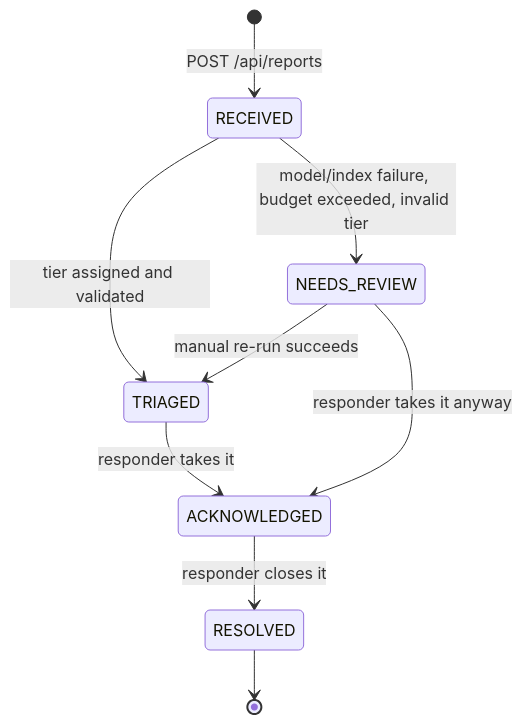
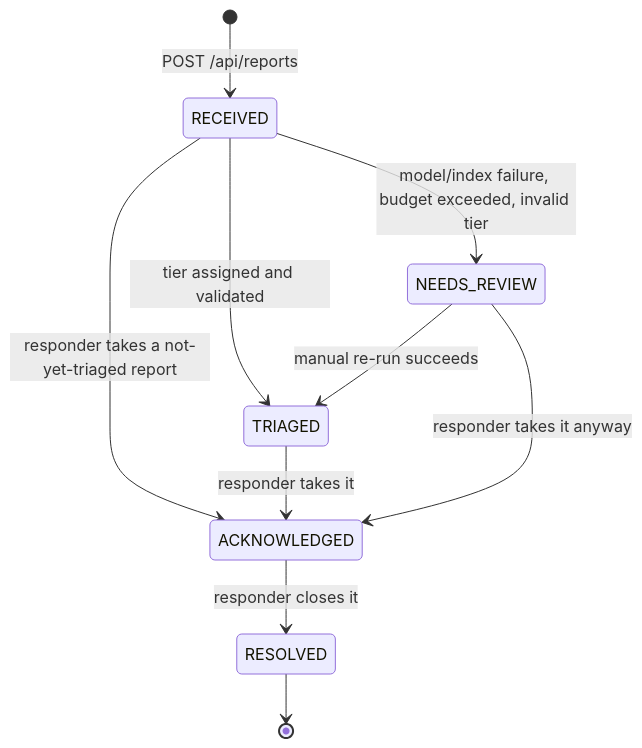
The third of 3 diagrams in docs/design/domain-model.md (Katlego-tech/Grid-Lock), drawn with Mermaid before and after one commit. The commit also changed other lines of this file and 4 other files, not shown here.

````diff
--- a/docs/design/domain-model.md
+++ b/docs/design/domain-model.md
@@ -172,11 +184,12 @@
 ```mermaid
 stateDiagram-v2
     [*] --> RECEIVED : POST /api/reports
     RECEIVED --> TRIAGED : tier assigned and validated
     RECEIVED --> NEEDS_REVIEW : model/index failure, budget exceeded, invalid tier
     NEEDS_REVIEW --> TRIAGED : manual re-run succeeds
+    RECEIVED --> ACKNOWLEDGED : responder takes a not-yet-triaged report
     TRIAGED --> ACKNOWLEDGED : responder takes it
     NEEDS_REVIEW --> ACKNOWLEDGED : responder takes it anyway
     ACKNOWLEDGED --> RESOLVED : responder closes it
     RESOLVED --> [*]
 ```
````
